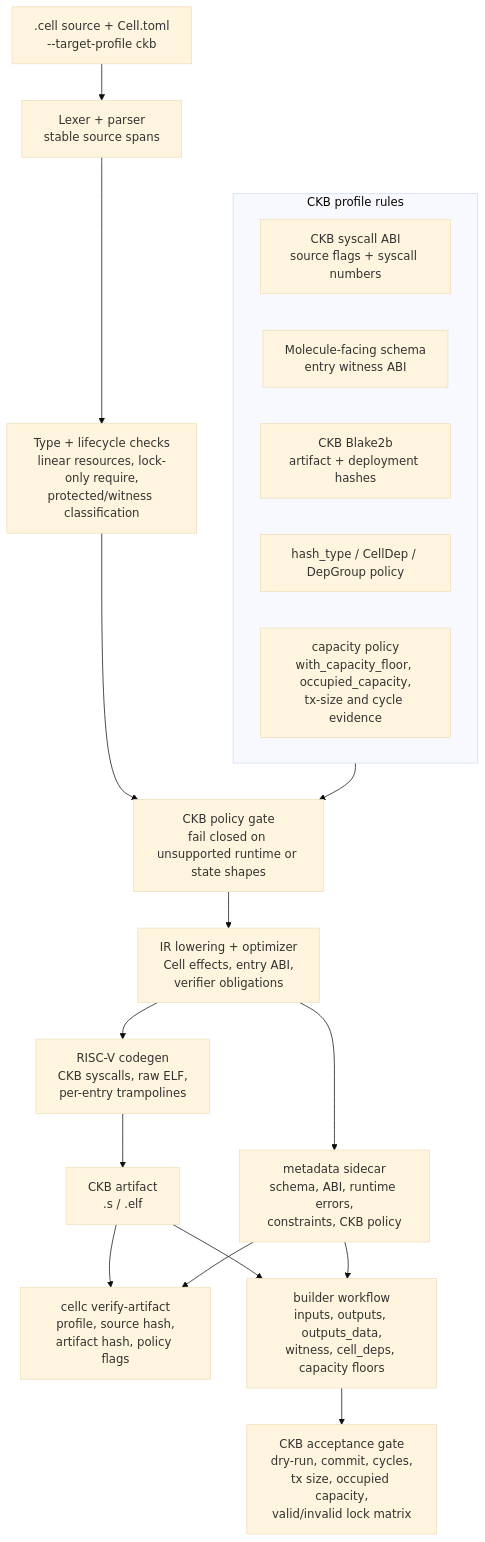
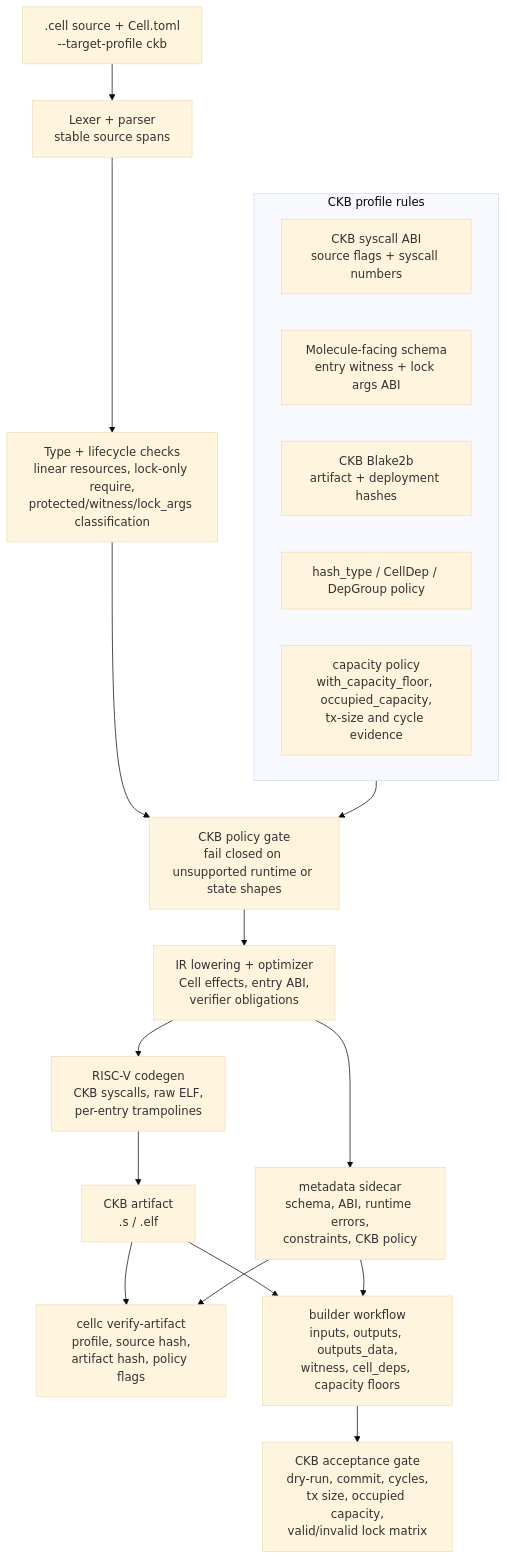
The second of 2 diagrams in README.md (tsukifune-kosei/CellScript), drawn with Mermaid (base theme) before and after one commit. The commit also changed 15 other files, not shown here.

Commit message:
Implement typed CKB lock args source

````diff
--- a/README.md
+++ b/README.md
@@ -472,27 +472,27 @@
 ```mermaid
 flowchart TB
     Source[".cell source + Cell.toml\n--target-profile ckb"] --> Frontend["Lexer + parser\nstable source spans"]
-    Frontend --> Semantics["Type + lifecycle checks\nlinear resources, lock-only require,\nprotected/witness classification"]
+    Frontend --> Semantics["Type + lifecycle checks\nlinear resources, lock-only require,\nprotected/witness/lock_args classification"]
     Semantics --> Policy["CKB policy gate\nfail closed on unsupported runtime or state shapes"]
 
     subgraph Rules["CKB profile rules"]
         R1["CKB syscall ABI\nsource flags + syscall numbers"]
-        R2["Molecule-facing schema\nentry witness ABI"]
+        R2["Molecule-facing schema\nentry witness + lock args ABI"]
         R3["CKB Blake2b\nartifact + deployment hashes"]
         R4["hash_type / CellDep / DepGroup policy"]
         R5["capacity policy\nwith_capacity_floor, occupied_capacity,\ntx-size and cycle evidence"]
     end
 
     Rules --> Policy
     Policy --> IR["IR lowering + optimizer\nCell effects, entry ABI,\nverifier obligations"]
     IR --> Metadata["metadata sidecar\nschema, ABI, runtime errors,\nconstraints, CKB policy"]
     IR --> Codegen["RISC-V codegen\nCKB syscalls, raw ELF,\nper-entry trampolines"]
     Codegen --> Artifact["CKB artifact\n.s / .elf"]
 
     Artifact --> Verify["cellc verify-artifact\nprofile, source hash,\nartifact hash, policy flags"]
     Metadata --> Verify
 
     Artifact --> Builder["builder workflow\ninputs, outputs, outputs_data,\nwitness, cell_deps, capacity floors"]
     Metadata --> Builder
     Builder --> Acceptance["CKB acceptance gate\ndry-run, commit, cycles,\ntx size, occupied capacity,\nvalid/invalid lock matrix"]
 ```
````
